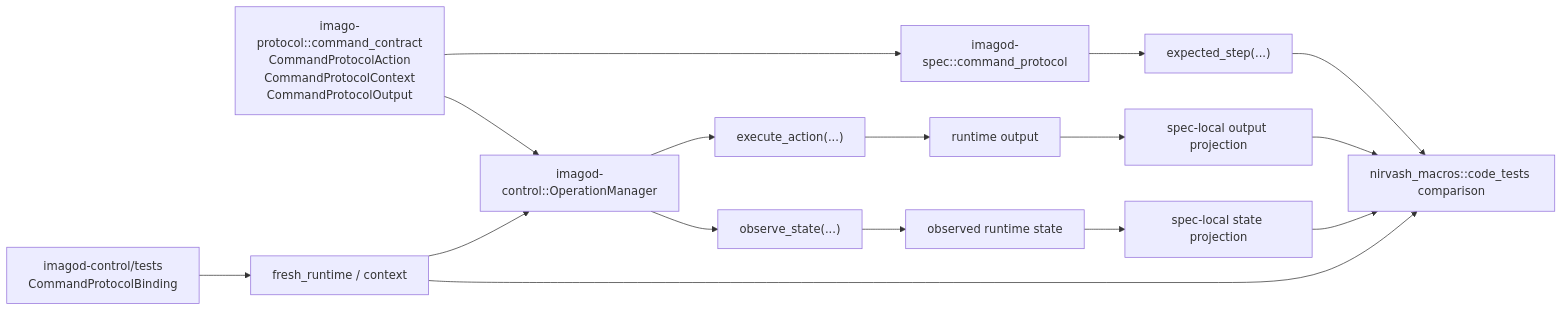
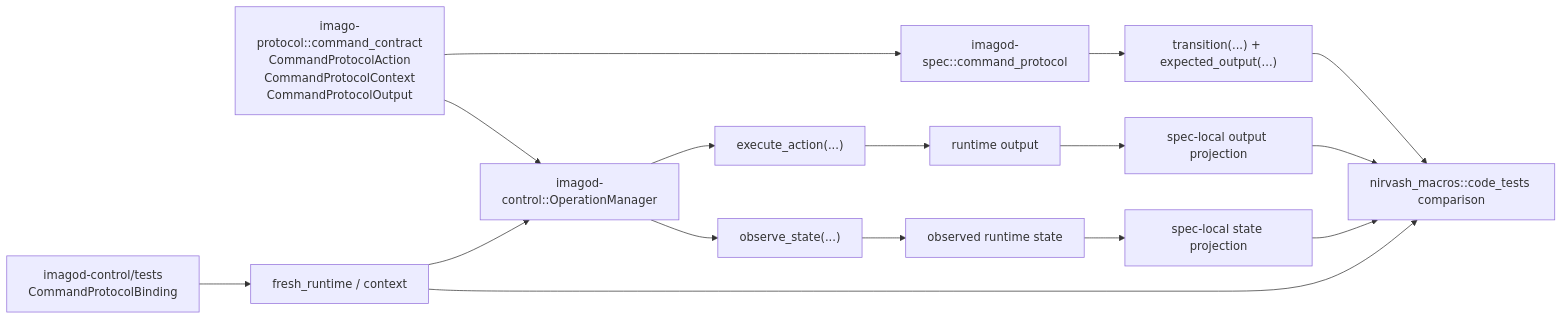
One commit to yieldspace/imago changed the fifth of 5 diagrams in docs/nirvash-and-imagod-control.md. Above: the diagram before and after it, drawn with Mermaid. The commit also changed other lines of this file and 44 other files, not shown here.

````diff
--- a/docs/nirvash-and-imagod-control.md
+++ b/docs/nirvash-and-imagod-control.md
@@ -146,18 +147,18 @@
 ```mermaid
 flowchart LR
     A["imago-protocol::command_contract<br/>CommandProtocolAction<br/>CommandProtocolContext<br/>CommandProtocolOutput"] --> B["imagod-spec::command_protocol"]
     A --> C["imagod-control::OperationManager"]
-    B --> D["expected_step(...)"]
+    B --> D["transition(...) + expected_output(...)"]
     F["imagod-control/tests<br/>CommandProtocolBinding"] --> G["fresh_runtime / context"]
     G --> C
     C --> E["execute_action(...)"]
     C --> H["observe_state(...)"]
     E --> I["runtime output"]
     H --> J["observed runtime state"]
     I --> K["spec-local output projection"]
     J --> L["spec-local state projection"]
     D --> M["nirvash_macros::code_tests comparison"]
     G --> M
     K --> M
     L --> M
 ```
````
